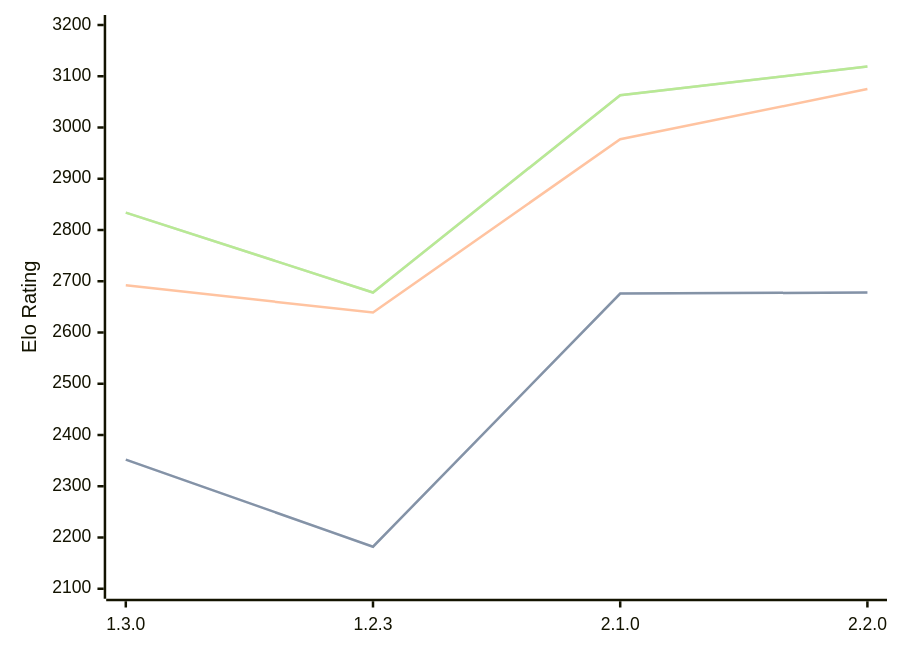
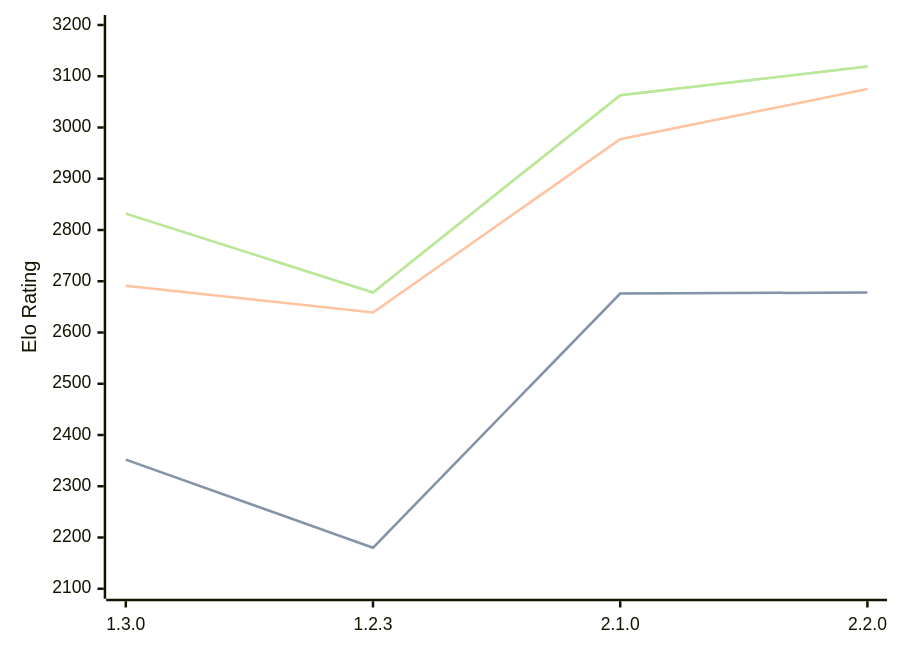
Before and after one commit to computer-chess-index/cci: the third of 3 diagrams in engines/Aspen.md, drawn with Mermaid. The commit also changed other lines of this file, not shown here.

Commit message:
Update CCI Ratings (ELO VLTC) - 2026-06-30

````diff
--- a/engines/Aspen.md
+++ b/engines/Aspen.md
@@ -76,11 +76,11 @@
 ```mermaid
 %%{init: {"theme":"base","themeVariables":{"seriesColors:['#a3a3a3','#222221','#faa371']}}}%%
 xychart-beta
   x-axis ["1.3.0", "1.2.3", "2.1.0", "2.2.0"]
   y-axis "Elo Rating" 2100 --> 3200
-  line "STC (8.0+0.08s)" [2352, 2182, 2676, 2678]
-  line "STC (8.0+0.08s)" [2352, 2182, 2676, 2678]
-  line "LTC (60.0+0.60s)" [2692, 2639, 2977, 3075]
-  line "VLTC (2m24s+1.12s)" [2834, 2678, 3063, 3119]
-  line "VLTC (2m24s+1.12s)" [2834, 2678, 3063, 3119]
+  line "STC (8.0+0.08s)" [2352, 2180, 2676, 2678]
+  line "STC (8.0+0.08s)" [2352, 2180, 2676, 2678]
+  line "LTC (60.0+0.60s)" [2691, 2639, 2977, 3075]
+  line "VLTC (2m24s+1.12s)" [2832, 2678, 3063, 3119]
+  line "VLTC (2m24s+1.12s)" [2832, 2678, 3063, 3119]
 ```
````
